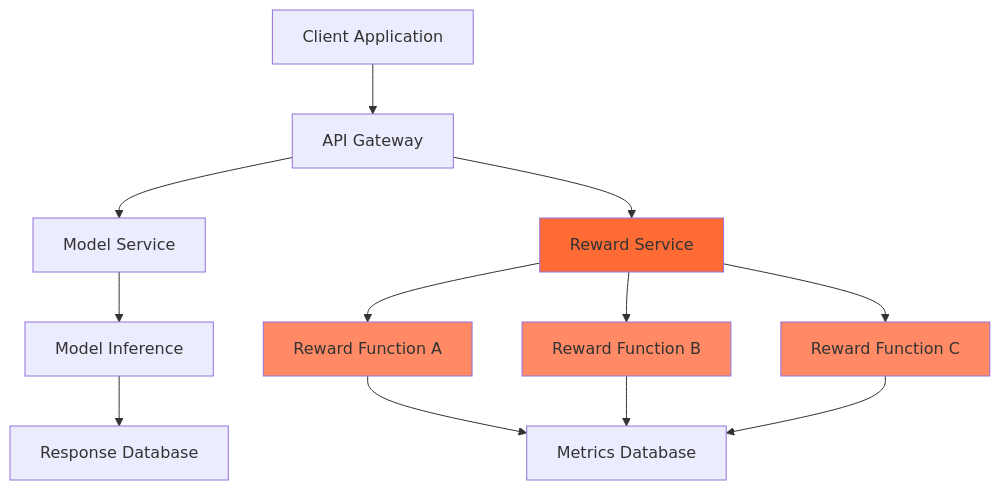
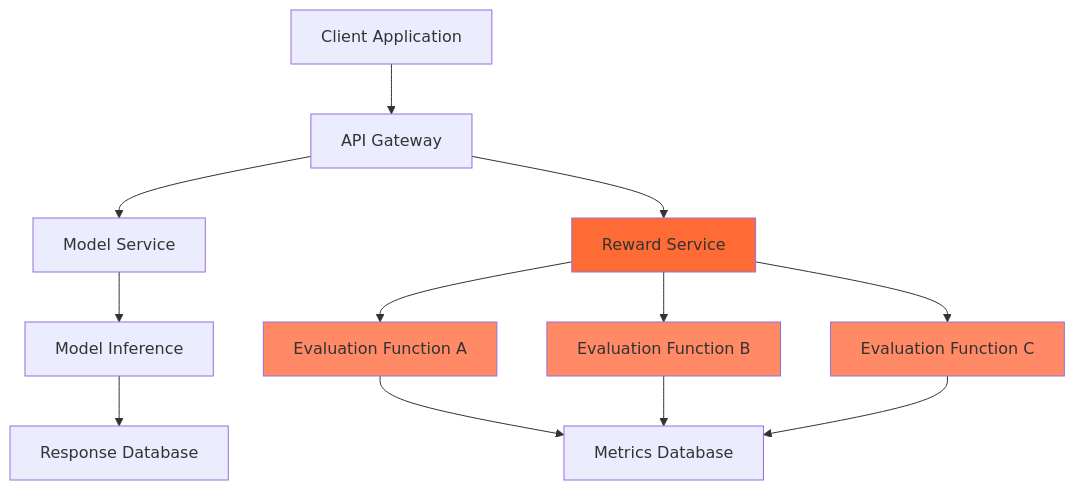
One commit to eval-protocol/eval-protocol changed the first of 3 diagrams in integrations/overview.mdx. Above: the diagram before and after it, drawn with Mermaid. The commit also changed other lines of this file and 28 other files, not shown here.

Commit message:
Evaluation function rename

````diff
--- a/integrations/overview.mdx
+++ b/integrations/overview.mdx
@@ -185,21 +185,21 @@
 ```mermaid
 graph TB
     A[Client Application] --> B[API Gateway]
     B --> C[Model Service]
     B --> D[Reward Service]
     
     C --> E[Model Inference]
-    D --> F[Reward Function A]
-    D --> G[Reward Function B]
-    D --> H[Reward Function C]
+    D --> F[Evaluation Function A]
+    D --> G[Evaluation Function B]
+    D --> H[Evaluation Function C]
     
     E --> I[Response Database]
     F --> J[Metrics Database]
     G --> J
     H --> J
     
     style D fill:#ff6b35
     style F fill:#ff8a65
     style G fill:#ff8a65
     style H fill:#ff8a65
 ```
````
